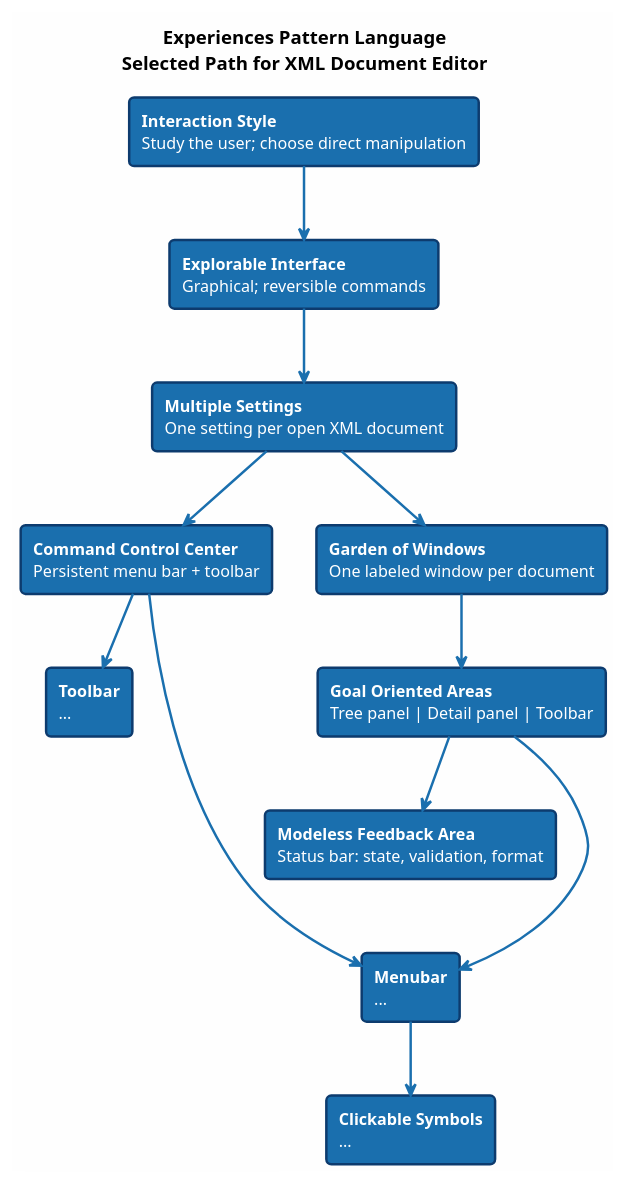
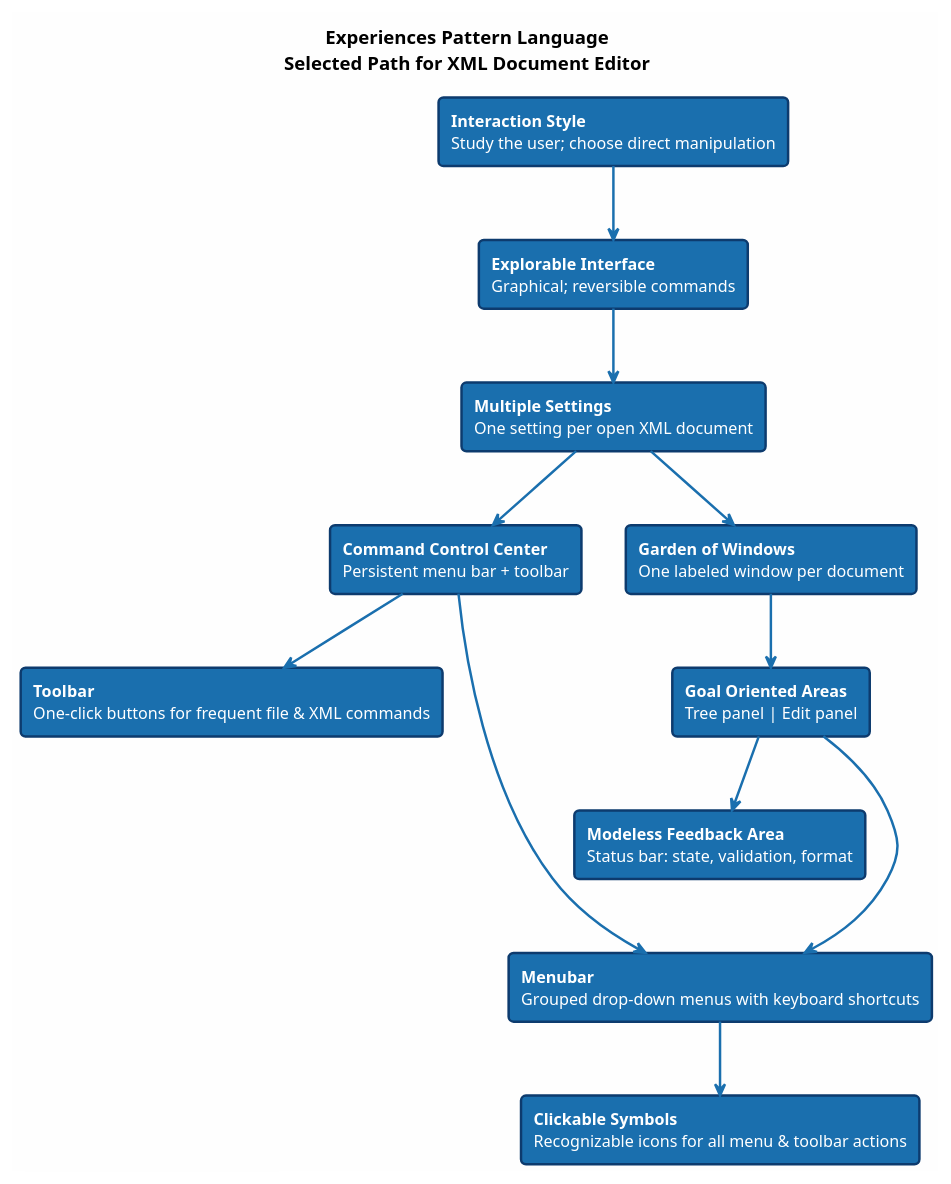
The diagram in assignment_6/uml/ExperiencesPatternPath.puml (mgyllenhoff/software-patterns), drawn with PlantUML before and after one commit. The commit also changed 38 other files, not shown here.

```diff
--- a/assignment_6/uml/ExperiencesPatternPath.puml
+++ b/assignment_6/uml/ExperiencesPatternPath.puml
@@ -1,46 +1,46 @@
 @startuml ExperiencesPatternPath
 
 skinparam defaultFontSize 13
 skinparam defaultFontName Arial
 skinparam backgroundColor #FEFEFE
 skinparam TitleFontSize 15
 skinparam TitleFontStyle bold
 skinparam ArrowColor #1A6FAE
 skinparam ArrowThickness 2
 
 skinparam rectangle {
   BackgroundColor #1A6FAE
   FontColor       #FFFFFF
   BorderColor     #0D3B6E
   BorderThickness 2
   RoundCorner     8
 }
 
 title Experiences Pattern Language\nSelected Path for XML Document Editor
 
 rectangle "**Interaction Style**\nStudy the user; choose direct manipulation" as IS
 rectangle "**Explorable Interface**\nGraphical; reversible commands" as ExI
 rectangle "**Multiple Settings**\nOne setting per open XML document" as MultiS
 rectangle "**Command Control Center**\nPersistent menu bar + toolbar" as CCC
 rectangle "**Garden of Windows**\nOne labeled window per document" as GoW
-rectangle "**Goal Oriented Areas**\nTree panel | Detail panel | Toolbar" as GOA
+rectangle "**Goal Oriented Areas**\nTree panel | Edit panel" as GOA
 rectangle "**Modeless Feedback Area**\nStatus bar: state, validation, format" as MFA
-rectangle "**Toolbar**\n..." as TB
-rectangle "**Menubar**\n..." as MB
-rectangle "**Clickable Symbols**\n..." as CS
+rectangle "**Toolbar**\nOne-click buttons for frequent file & XML commands" as TB
+rectangle "**Menubar**\nGrouped drop-down menus with keyboard shortcuts" as MB
+rectangle "**Clickable Symbols**\nRecognizable icons for all menu & toolbar actions" as CS
 
 
 
 IS      -->  ExI
 ExI     -->  MultiS
 MultiS  -->  CCC
 MultiS  -->  GoW
 CCC     -->  TB
 CCC     -->  MB
 MB      -->  CS
 GoW     -->  GOA
 GOA     ---> MB
 GOA     -->  MFA
 
 
 @enduml
```
